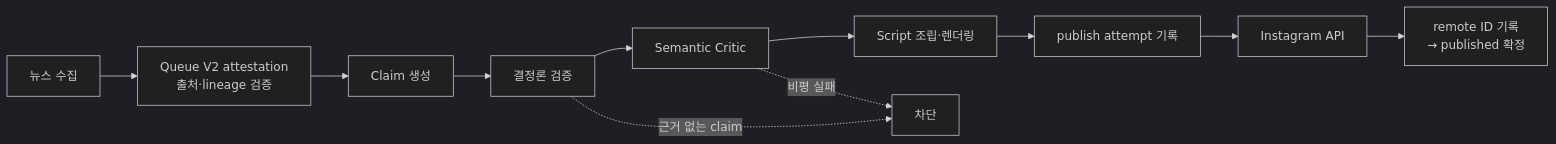
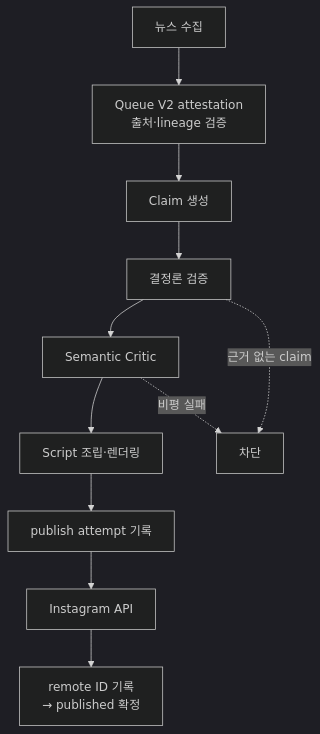
One commit to YunhuPark/YunhuPark changed the second of 3 diagrams in README.md. Above: the diagram before and after it, drawn with Mermaid (dark theme).

Commit message:
Profile README: lay the algo-pipeline flow out top-down so the labels stay readable

````diff
--- a/README.md
+++ b/README.md
@@ -43,13 +43,13 @@
 ```mermaid
-flowchart LR
+flowchart TD
     A["뉴스 수집"] --> B["Queue V2 attestation<br>출처·lineage 검증"]
     B --> C["Claim 생성"]
     C --> D["결정론 검증"]
     D --> E["Semantic Critic"]
     E --> F["Script 조립·렌더링"]
     F --> G["publish attempt 기록"]
     G --> H["Instagram API"]
     H --> I["remote ID 기록<br>→ published 확정"]
     D -.->|근거 없는 claim| X["차단"]
     E -.->|비평 실패| X
 ```
````
